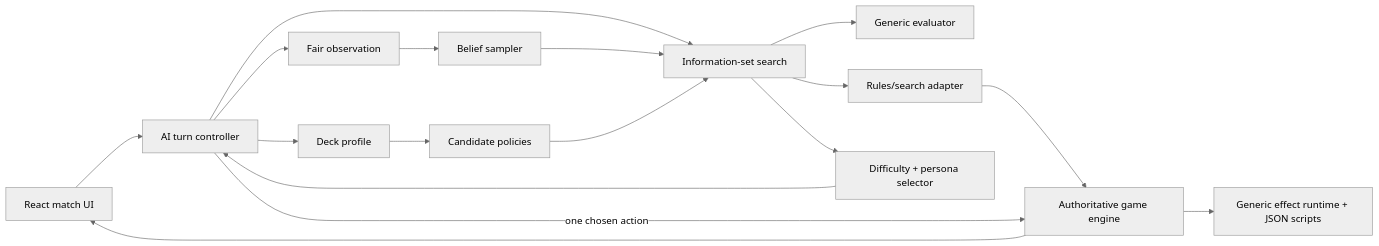
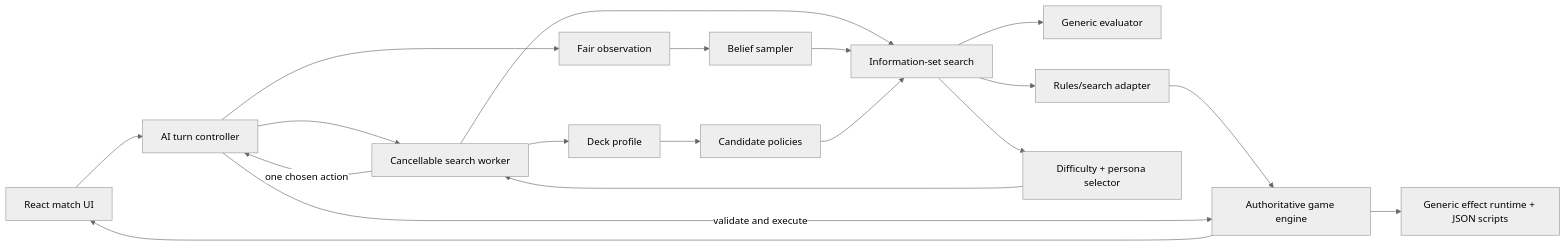
The diagram in docs/GENERIC_TCG_AI_ARCHITECTURE.md (StynH/HyperTCG), drawn with Mermaid (neutral theme) before and after one commit. The commit also changed other lines of this file and 22 other files, not shown here.

````diff
--- a/docs/GENERIC_TCG_AI_ARCHITECTURE.md
+++ b/docs/GENERIC_TCG_AI_ARCHITECTURE.md
@@ -190,19 +192,21 @@
 ```mermaid
 flowchart LR
     UI["React match UI"] --> C["AI turn controller"]
+    C --> W["Cancellable search worker"]
     C --> O["Fair observation"]
-    C --> D["Deck profile"]
-    C --> S["Information-set search"]
+    W --> D["Deck profile"]
+    W --> S["Information-set search"]
     O --> B["Belief sampler"]
     B --> S
     D --> P["Candidate policies"]
     P --> S
     S --> E["Generic evaluator"]
     S --> R["Rules/search adapter"]
     R --> G["Authoritative game engine"]
     G --> J["Generic effect runtime + JSON scripts"]
     S --> H["Difficulty + persona selector"]
-    H --> C
-    C -->|"one chosen action"| G
+    H --> W
+    W -->|"one chosen action"| C
+    C -->|"validate and execute"| G
     G --> UI
 ```
````
